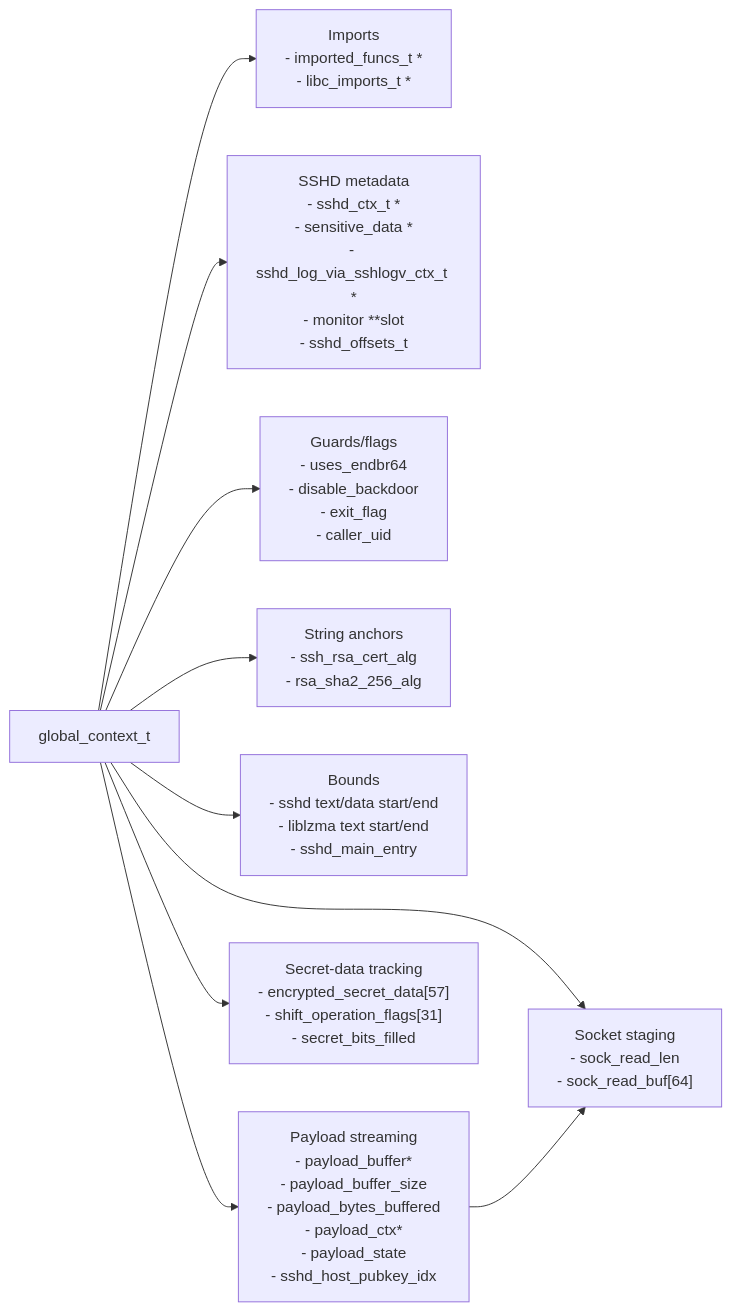
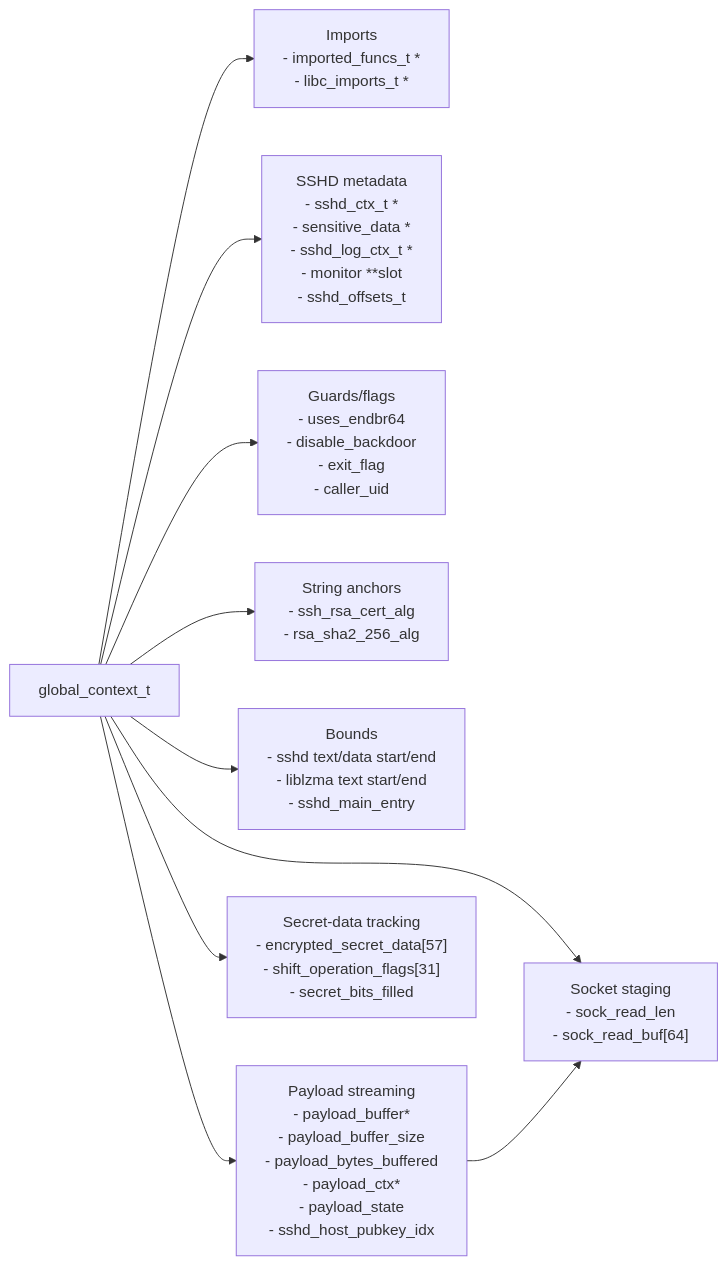
The seventh of 10 diagrams in docs/backdoor_functionality.md (vanbako/xzre-ghidra), drawn with Mermaid before and after one commit. The commit also changed other lines of this file and 5 other files, not shown here.

````diff
--- a/docs/backdoor_functionality.md
+++ b/docs/backdoor_functionality.md
@@ -207,22 +207,22 @@
 ```mermaid
 flowchart LR
     global["global_context_t"]
     imports["Imports\n- imported_funcs_t *\n- libc_imports_t *"]
-    sshdmeta["SSHD metadata\n- sshd_ctx_t *\n- sensitive_data *\n- sshd_log_via_sshlogv_ctx_t *\n- monitor **slot\n- sshd_offsets_t"]
+    sshdmeta["SSHD metadata\n- sshd_ctx_t *\n- sensitive_data *\n- sshd_log_ctx_t *\n- monitor **slot\n- sshd_offsets_t"]
     knobs["Guards/flags\n- uses_endbr64\n- disable_backdoor\n- exit_flag\n- caller_uid"]
     strings["String anchors\n- ssh_rsa_cert_alg\n- rsa_sha2_256_alg"]
     bounds["Bounds\n- sshd text/data start/end\n- liblzma text start/end\n- sshd_main_entry"]
     payload["Payload streaming\n- payload_buffer*\n- payload_buffer_size\n- payload_bytes_buffered\n- payload_ctx*\n- payload_state\n- sshd_host_pubkey_idx"]
     sockbuf["Socket staging\n- sock_read_len\n- sock_read_buf[64]"]
     secret["Secret-data tracking\n- encrypted_secret_data[57]\n- shift_operation_flags[31]\n- secret_bits_filled"]
 
     global --> imports
     global --> sshdmeta
     global --> knobs
     global --> strings
     global --> bounds
     global --> payload
     global --> sockbuf
     global --> secret
     payload --> sockbuf
 ```
````
